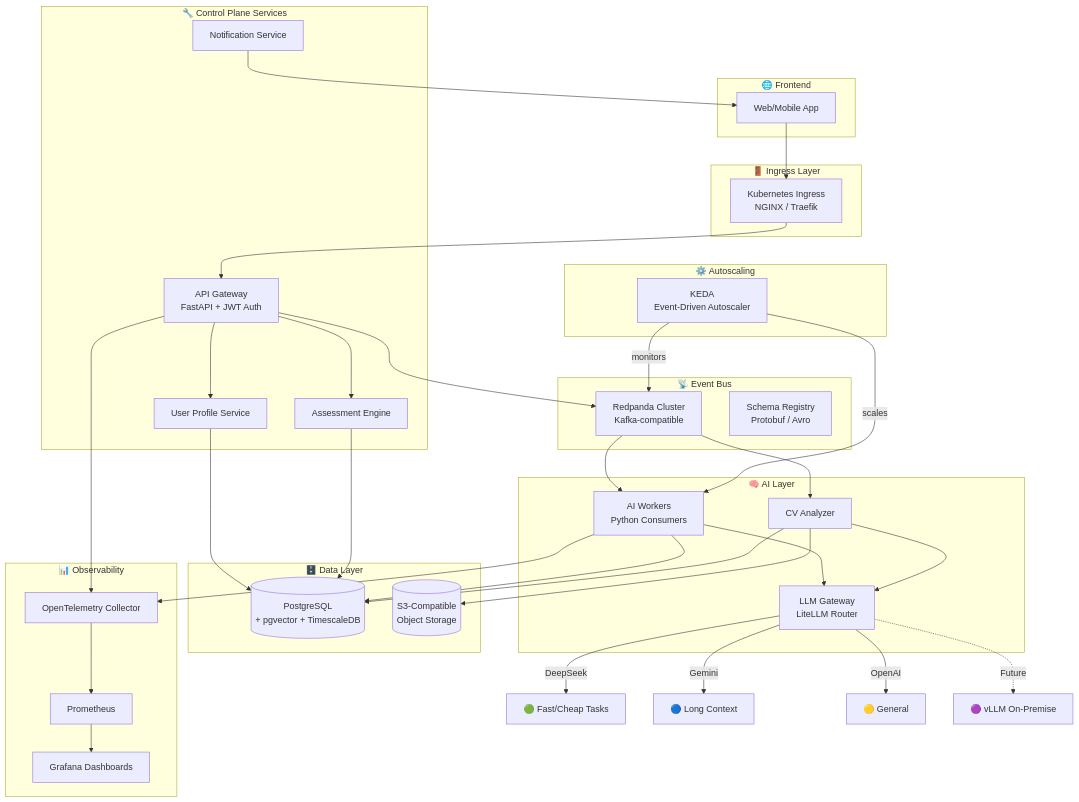
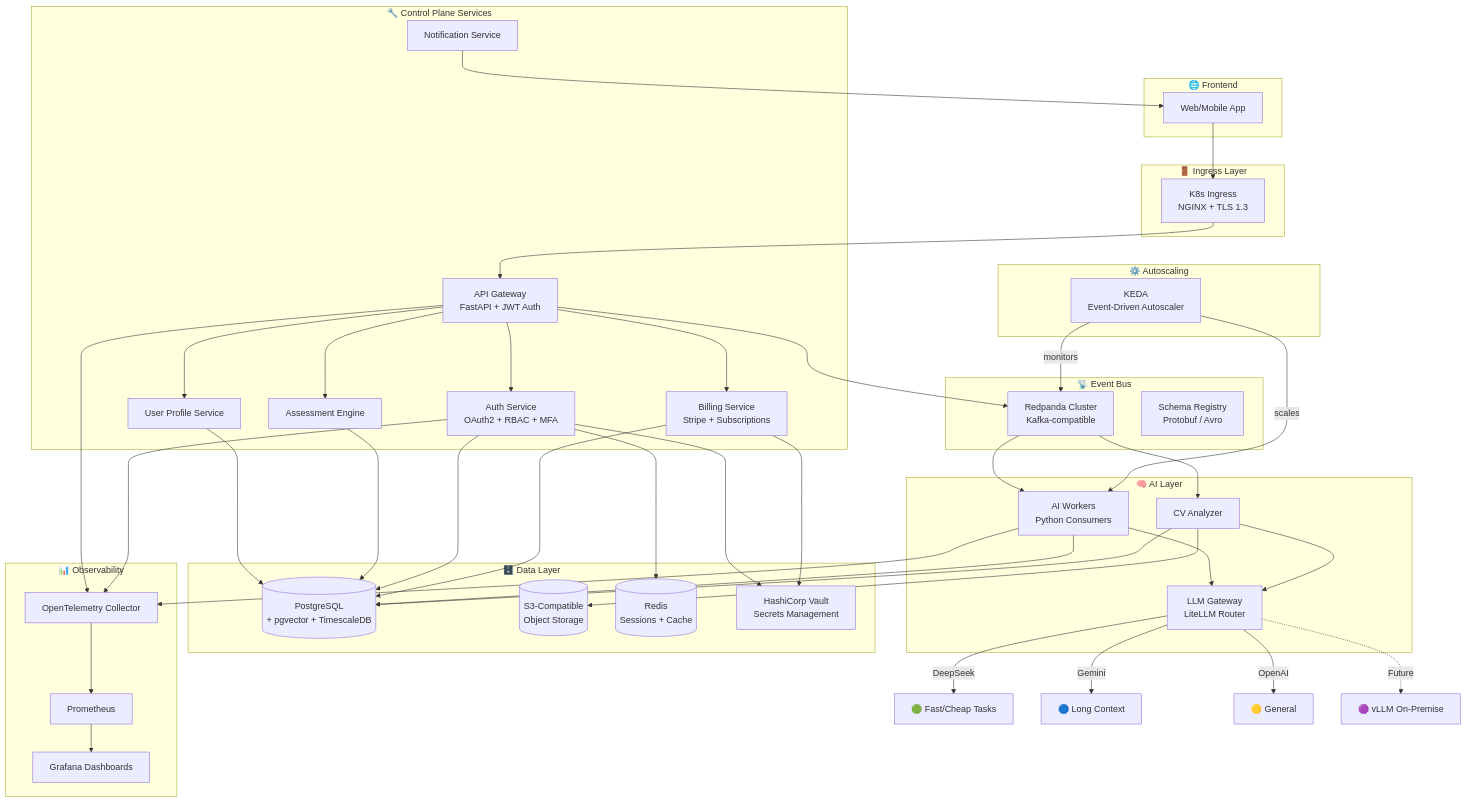
Before and after one commit to Mohamed-DN/skillforge: the first of 2 diagrams in README.md, drawn with Mermaid. The commit also changed other lines of this file and 17 other files, not shown here.

First line of the commit message:
feat: rename to SkillForge, add auth/billing, switch to Podman

````diff
--- a/README.md
+++ b/README.md
@@ -38,69 +61,81 @@
 ```mermaid
 graph TB
     subgraph "🌐 Frontend"
         FE[Web/Mobile App]
     end
 
     subgraph "🚪 Ingress Layer"
-        ING[Kubernetes Ingress<br/>NGINX / Traefik]
+        ING[K8s Ingress<br/>NGINX + TLS 1.3]
     end
 
     subgraph "🔧 Control Plane Services"
         API[API Gateway<br/>FastAPI + JWT Auth]
+        AUTH[Auth Service<br/>OAuth2 + RBAC + MFA]
         UPS[User Profile Service]
         AE[Assessment Engine]
+        BILL[Billing Service<br/>Stripe + Subscriptions]
         NS[Notification Service]
     end
 
     subgraph "🧠 AI Layer"
         LLM[LLM Gateway<br/>LiteLLM Router]
         AIW[AI Workers<br/>Python Consumers]
         CVA[CV Analyzer]
     end
 
     subgraph "📡 Event Bus"
         RP[Redpanda Cluster<br/>Kafka-compatible]
         SR[Schema Registry<br/>Protobuf / Avro]
     end
 
     subgraph "🗄️ Data Layer"
         PG[(PostgreSQL<br/>+ pgvector + TimescaleDB)]
         S3[(S3-Compatible<br/>Object Storage)]
+        RD[(Redis<br/>Sessions + Cache)]
+        VLT[HashiCorp Vault<br/>Secrets Management]
     end
 
     subgraph "📊 Observability"
         OTEL[OpenTelemetry Collector]
         PROM[Prometheus]
         GRAF[Grafana Dashboards]
     end
 
     subgraph "⚙️ Autoscaling"
         KEDA[KEDA<br/>Event-Driven Autoscaler]
     end
 
     FE --> ING
     ING --> API
+    API --> AUTH
     API --> RP
     API --> UPS
     API --> AE
+    API --> BILL
     RP --> AIW
     RP --> CVA
     AIW --> LLM
     CVA --> LLM
     LLM -->|DeepSeek| DS[🟢 Fast/Cheap Tasks]
     LLM -->|Gemini| GM[🔵 Long Context]
     LLM -->|OpenAI| OA[🟡 General]
     LLM -.->|Future| VP[🟣 vLLM On-Premise]
     AIW --> PG
     CVA --> PG
     UPS --> PG
     AE --> PG
+    AUTH --> PG
+    AUTH --> RD
+    BILL --> PG
     CVA --> S3
     NS --> FE
     KEDA -->|scales| AIW
     KEDA -->|monitors| RP
     API --> OTEL
     AIW --> OTEL
+    AUTH --> OTEL
     OTEL --> PROM
     PROM --> GRAF
+    AUTH --> VLT
+    BILL --> VLT
 ```
````
